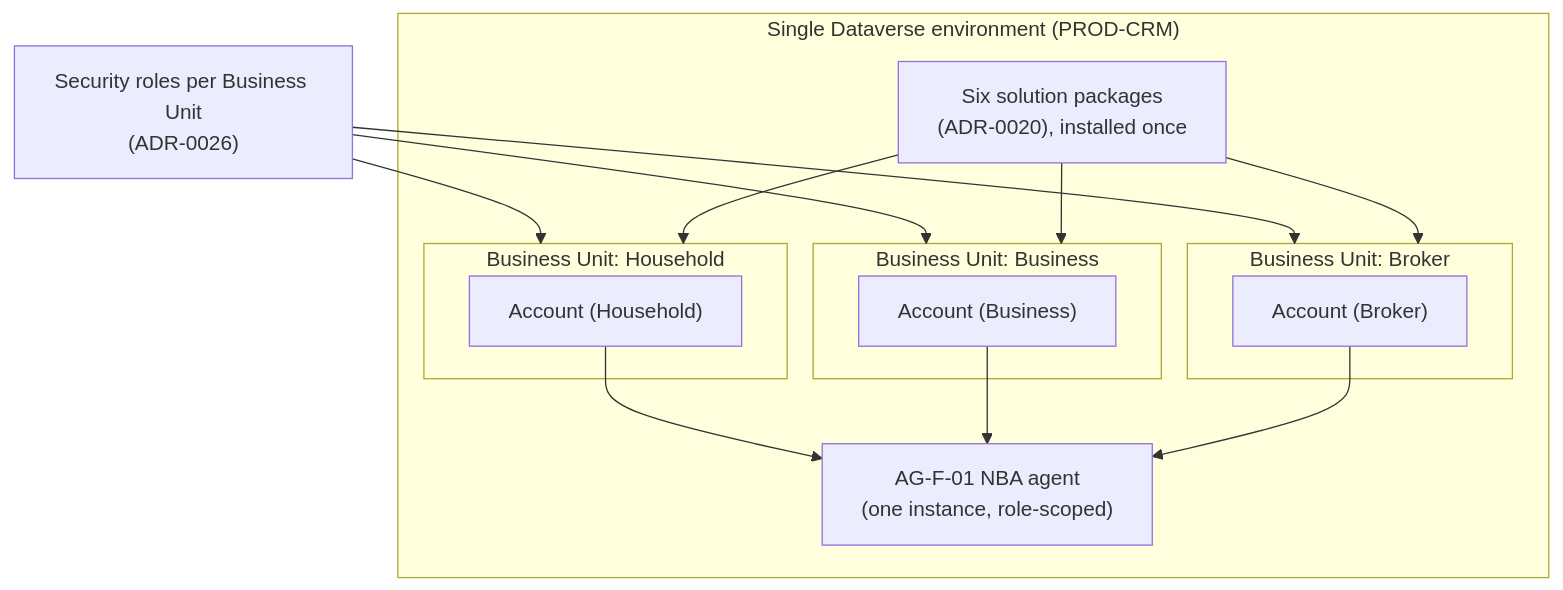
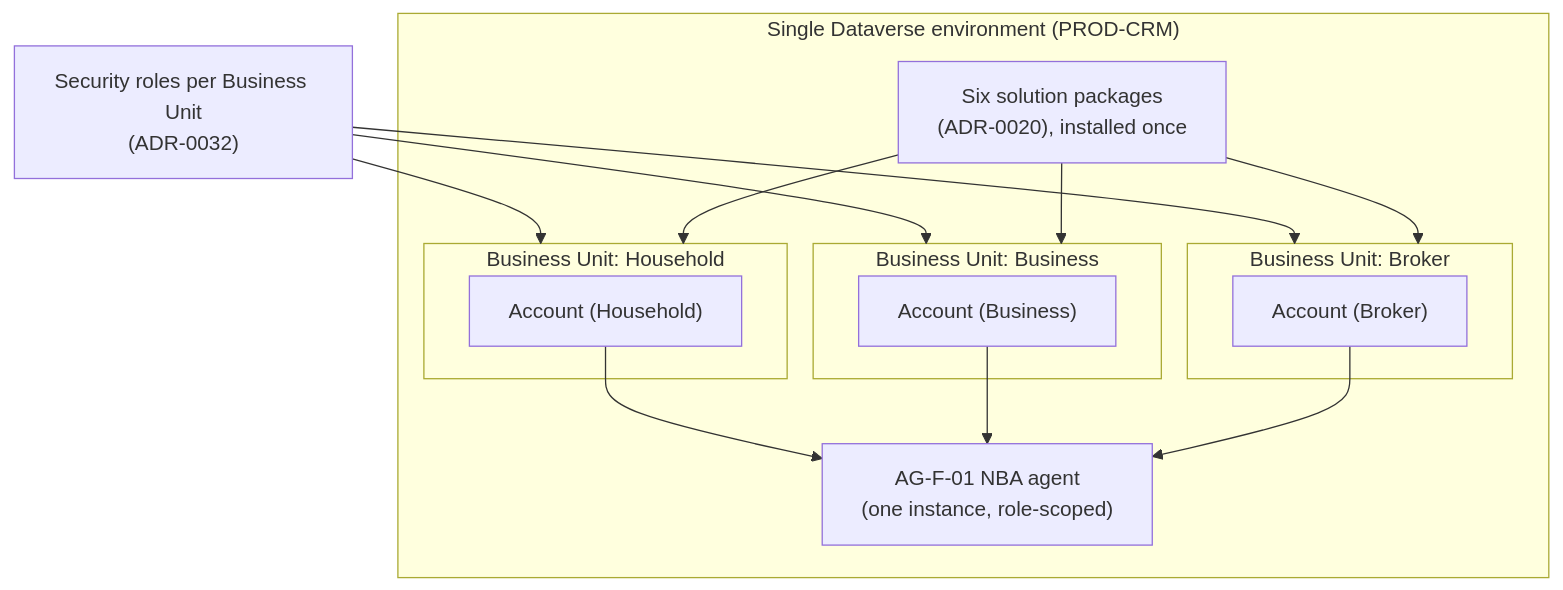
The third of 11 diagrams in docs/adr/ADR-0037-power-platform-environment-strategy-b2b-b2c.md (urruegg/CRMShowcase), drawn with Mermaid before and after one commit. The commit also changed other lines of this file and 9 other files, not shown here.

````diff
--- a/docs/adr/ADR-0037-power-platform-environment-strategy-b2b-b2c.md
+++ b/docs/adr/ADR-0037-power-platform-environment-strategy-b2b-b2c.md
@@ -172,27 +172,27 @@
 ```mermaid
 flowchart TD
     subgraph ENV["Single Dataverse environment (PROD-CRM)"]
         subgraph BUHH["Business Unit: Household"]
             ACCHH["Account (Household)"]
         end
         subgraph BUBU["Business Unit: Business"]
             ACCBU["Account (Business)"]
         end
         subgraph BUBR["Business Unit: Broker"]
             ACCBR["Account (Broker)"]
         end
         SIXSOL["Six solution packages\n(ADR-0020), installed once"]
         NBAAGENT["AG-F-01 NBA agent\n(one instance, role-scoped)"]
     end
-    ROLES["Security roles per Business Unit\n(ADR-0026)"]
+    ROLES["Security roles per Business Unit\n(ADR-0032)"]
 
     ROLES --> BUHH
     ROLES --> BUBU
     ROLES --> BUBR
     SIXSOL --> BUHH
     SIXSOL --> BUBU
     SIXSOL --> BUBR
     ACCHH --> NBAAGENT
     ACCBU --> NBAAGENT
     ACCBR --> NBAAGENT
 ```
````
